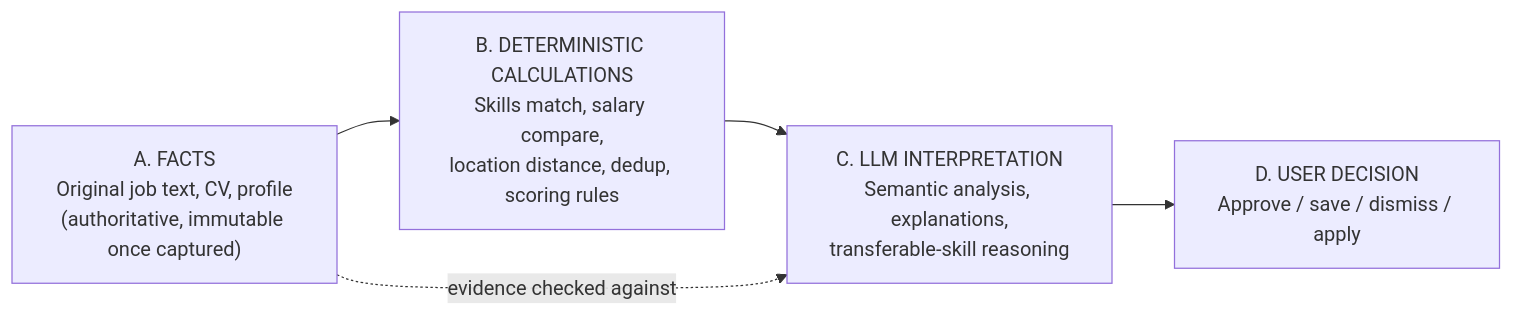
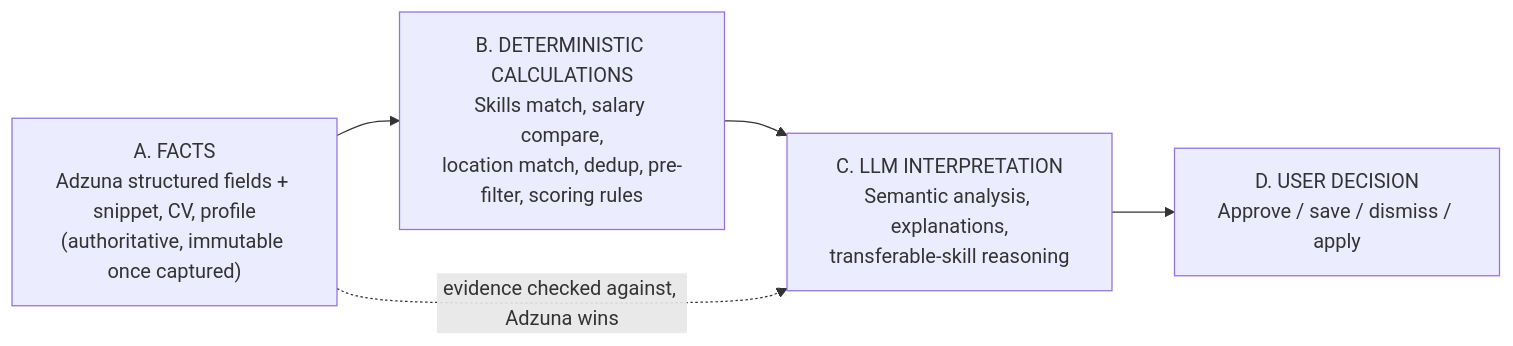
One commit to wassimrahoui/adhd-job-agent changed the second of 3 diagrams in docs/01-architecture-overview.md. Above: the diagram before and after it, drawn with Mermaid. The commit also changed other lines of this file and 4 other files, not shown here.

Commit message:
Align README, architecture overview, UX, API, security, testing, deployment, MVP, and risks docs with the v2 refinement

````diff
--- a/docs/01-architecture-overview.md
+++ b/docs/01-architecture-overview.md
@@ -111,7 +111,7 @@
 ```mermaid
 flowchart LR
-    A["A. FACTS\nOriginal job text, CV, profile\n(authoritative, immutable once captured)"] --> B["B. DETERMINISTIC CALCULATIONS\nSkills match, salary compare,\nlocation distance, dedup, scoring rules"]
+    A["A. FACTS\nAdzuna structured fields + snippet, CV, profile\n(authoritative, immutable once captured)"] --> B["B. DETERMINISTIC CALCULATIONS\nSkills match, salary compare,\nlocation match, dedup, pre-filter, scoring rules"]
     B --> C["C. LLM INTERPRETATION\nSemantic analysis, explanations,\ntransferable-skill reasoning"]
     C --> D["D. USER DECISION\nApprove / save / dismiss / apply"]
-    A -.->|evidence checked against| C
+    A -.->|evidence checked against, Adzuna wins| C
 ```
````
